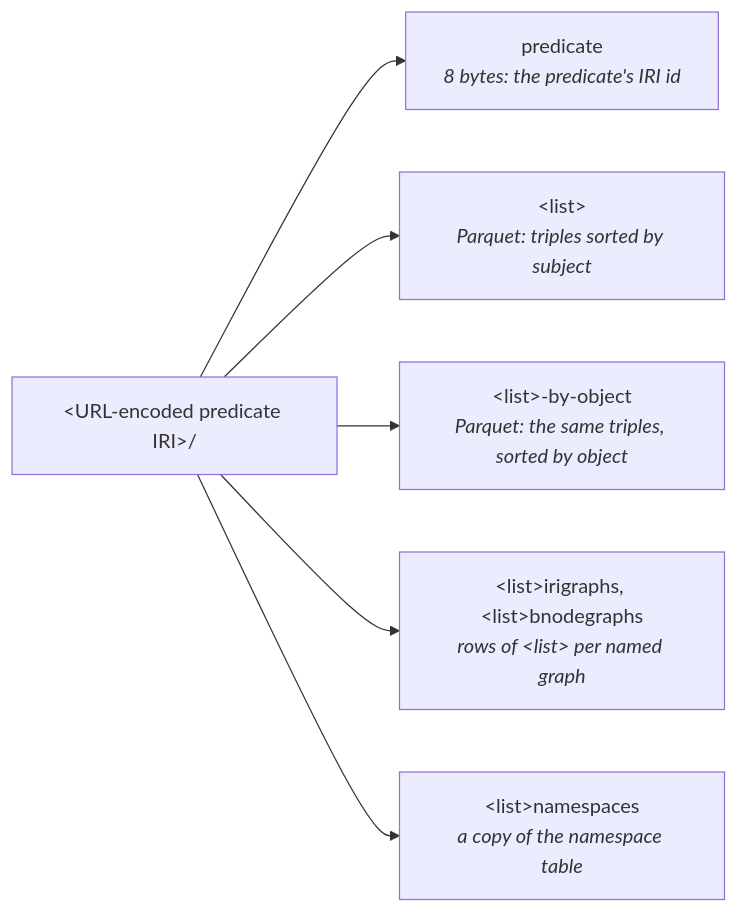
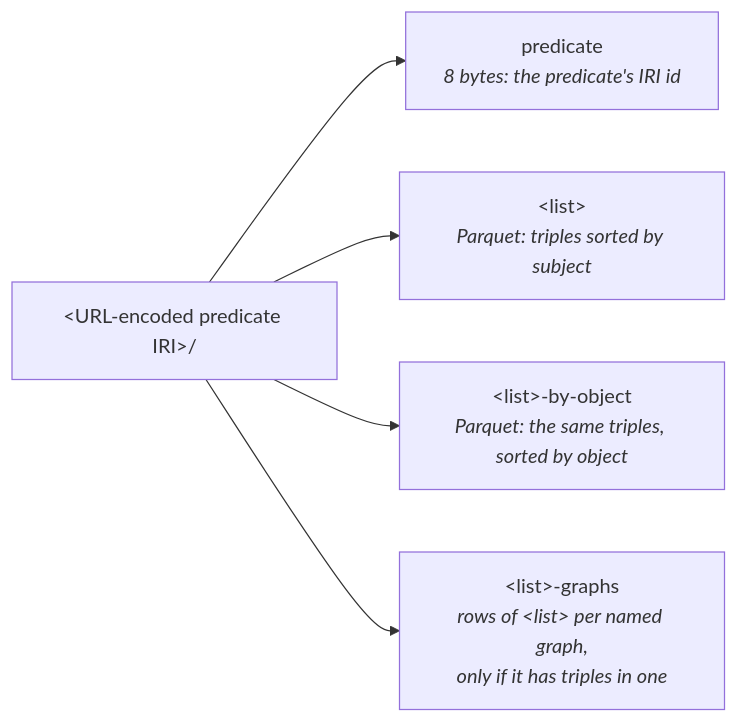
The second of 5 diagrams in docs/storage.md (JervenBolleman/sparql-readonly), drawn with Mermaid before and after one commit. The commit also changed other lines of this file and 11 other files, not shown here.

````diff
--- a/docs/storage.md
+++ b/docs/storage.md
@@ -33,9 +37,8 @@
 ```mermaid
 flowchart LR
     pred["#lt;URL-encoded predicate IRI#gt;/"]
     pred --> predfile["predicate<br/><i>8 bytes: the predicate's IRI id</i>"]
     pred --> list["#lt;list#gt;<br/><i>Parquet: triples sorted by subject</i>"]
     pred --> byobj["#lt;list#gt;-by-object<br/><i>Parquet: the same triples, sorted by object</i>"]
-    pred --> graphs["#lt;list#gt;irigraphs, #lt;list#gt;bnodegraphs<br/><i>rows of #lt;list#gt; per named graph</i>"]
-    pred --> ns["#lt;list#gt;namespaces<br/><i>a copy of the namespace table</i>"]
+    pred --> graphs["#lt;list#gt;-graphs<br/><i>rows of #lt;list#gt; per named graph,<br/>only if it has triples in one</i>"]
 ```
````
